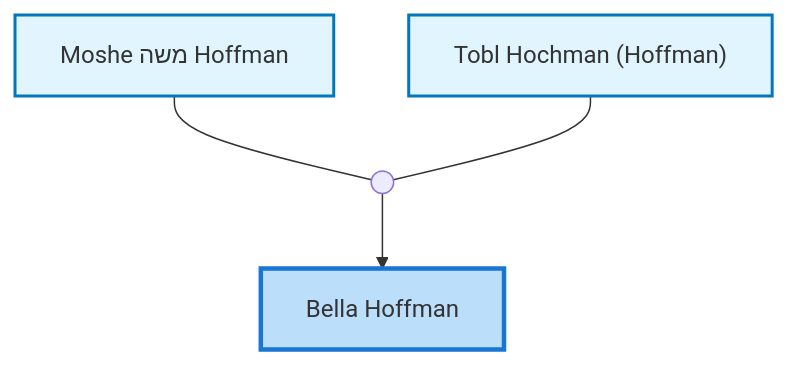
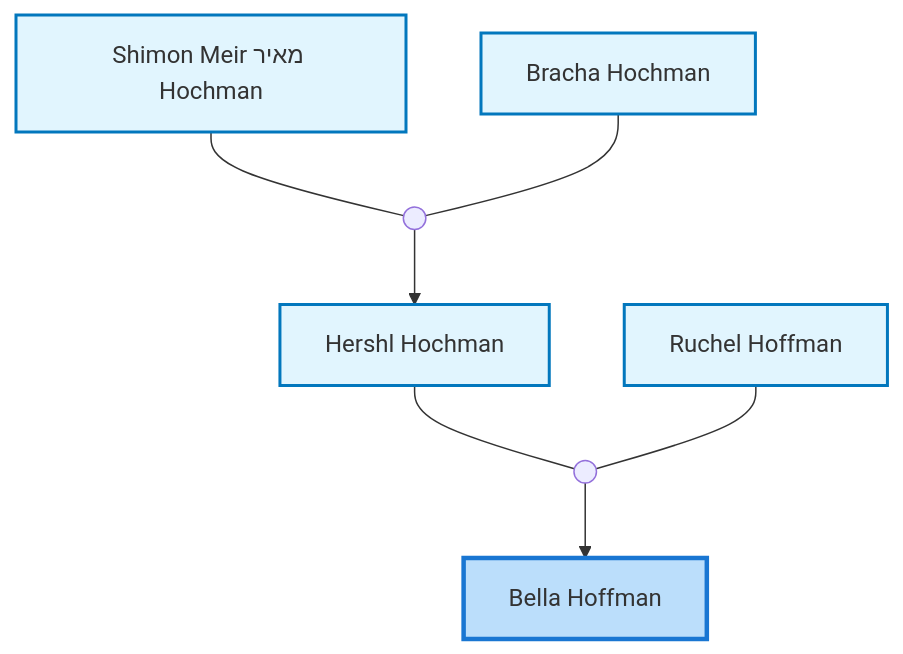
The second of 3 diagrams in site/content/profiles/Bella Hoffman.md (moshehoff/FamilyHistory), drawn with Mermaid before and after one commit. The commit also changed other lines of this file and 133 other files, not shown here.

Commit message:
Update Moshe Hoffman ID: I10 -> I11052340 and rename I38516664 biography

````diff
--- a/site/content/profiles/Bella Hoffman.md
+++ b/site/content/profiles/Bella Hoffman.md
@@ -43,19 +43,29 @@
 ```mermaid
 flowchart TD
 classDef person fill:#e1f5fe,stroke:#0277bd,stroke-width:2px;
 classDef internal-link fill:#e1f5fe,stroke:#0277bd,stroke-width:2px;
 classDef current fill:#bbdefb,stroke:#1976d2,stroke-width:3px;
-idI13["Bella Hoffman"]
-class idI13 current
-click idI13 "../profiles/Bella-Hoffman" "Bella Hoffman"
-idI10["Moshe משה Hoffman"]
-class idI10 internal-link
-click idI10 "../profiles/Moshe-%D7%9E%D7%A9%D7%94-Hoffman" "Moshe משה Hoffman"
-idI11["Tobl Hochman (Hoffman)"]
-class idI11 internal-link
-click idI11 "../profiles/Tobl-Hochman-%28Hoffman%29" "Tobl Hochman (Hoffman)"
-marriage_idF3((" "))
-idI10 --- marriage_idF3
-idI11 --- marriage_idF3
-marriage_idF3 --> idI13
+idI40779121["Bella Hoffman"]
+class idI40779121 current
+click idI40779121 "../profiles/Bella-Hoffman" "Bella Hoffman"
+idI39965497["Hershl Hochman"]
+class idI39965497 internal-link
+click idI39965497 "../profiles/Hershl-Hochman" "Hershl Hochman"
+idI40778657["Ruchel Hoffman"]
+class idI40778657 internal-link
+click idI40778657 "../profiles/Ruchel-Hoffman" "Ruchel Hoffman"
+marriage_idF13934435((" "))
+idI39965497 --- marriage_idF13934435
+idI40778657 --- marriage_idF13934435
+marriage_idF13934435 --> idI40779121
+idI11060285["Shimon Meir מאיר Hochman"]
+class idI11060285 internal-link
+click idI11060285 "../profiles/Shimon-Meir-%D7%9E%D7%90%D7%99%D7%A8-Hochman" "Shimon Meir מאיר Hochman"
+idI39965332["Bracha Hochman"]
+class idI39965332 internal-link
+click idI39965332 "../profiles/Bracha-Hochman" "Bracha Hochman"
+marriage_idF13655502((" "))
+idI11060285 --- marriage_idF13655502
+idI39965332 --- marriage_idF13655502
+marriage_idF13655502 --> idI39965497
 ```
````
